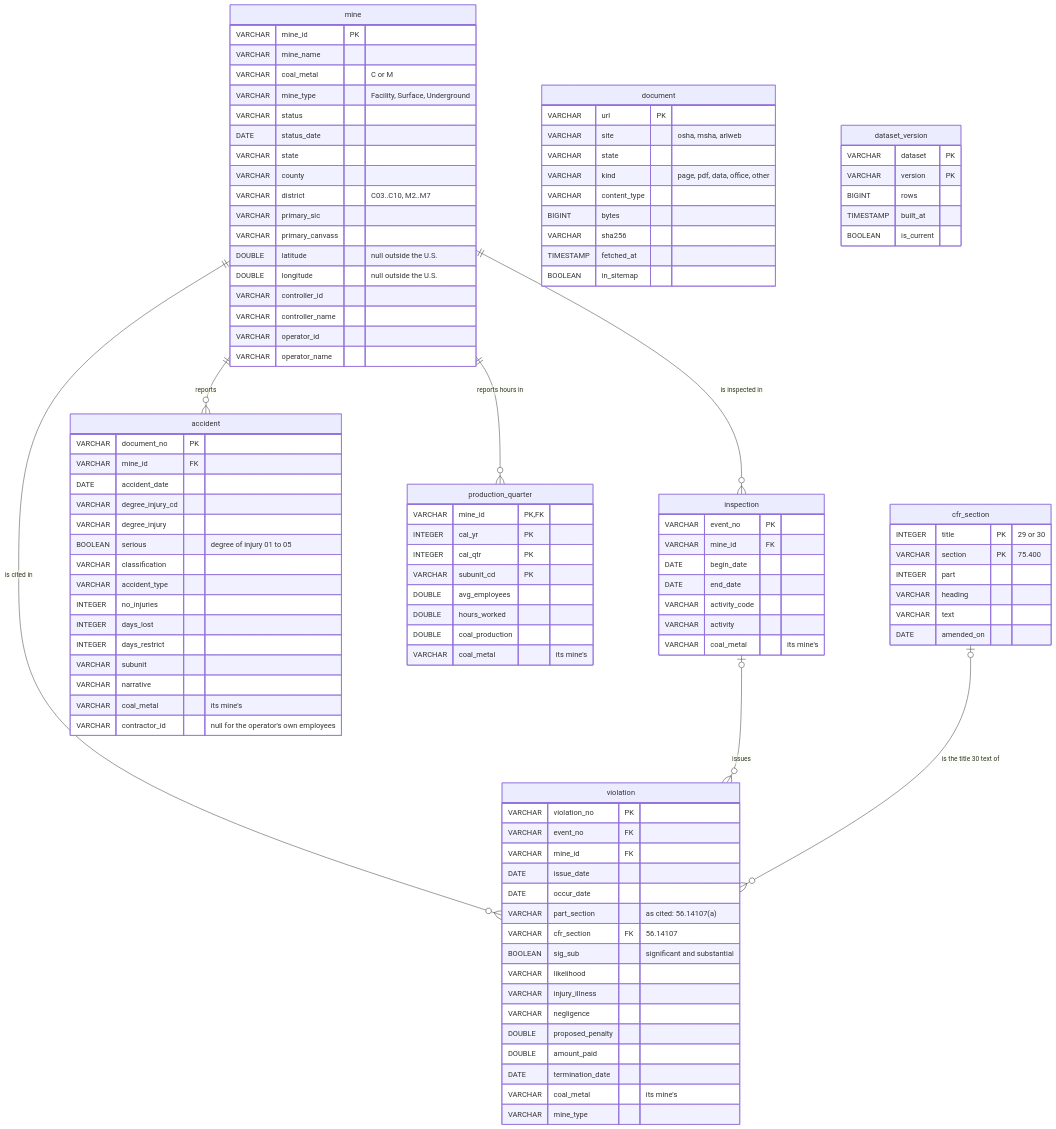
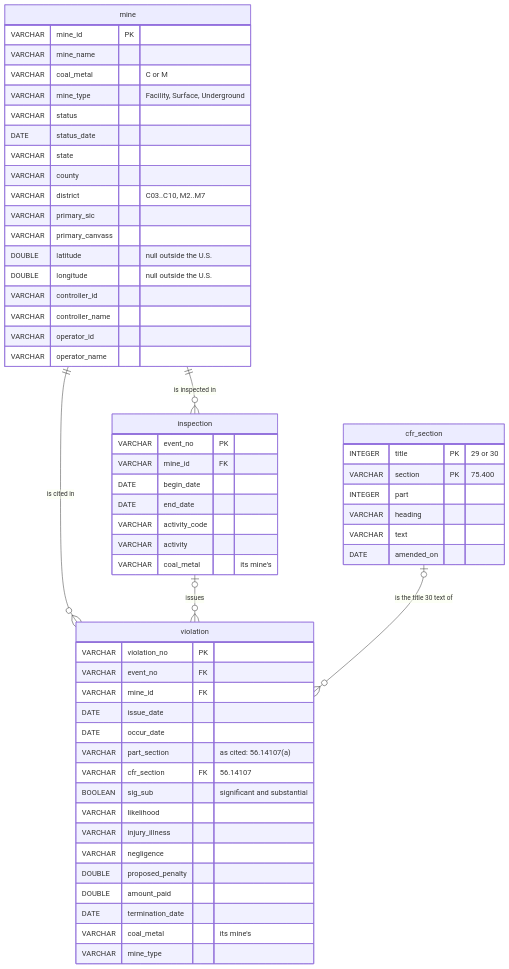
The first of 4 diagrams in docs/ERD.md (USERZEROA/safestart-data-pipeline), drawn with Mermaid before and after one commit. The commit also changed 1 other file, not shown here.

Commit message:
Split the ERD into legible diagrams and keep one system diagram

````diff
--- a/docs/ERD.md
+++ b/docs/ERD.md
@@ -26,8 +30,6 @@
     mine ||--o{ inspection : "is inspected in"
     mine ||--o{ violation : "is cited in"
     inspection |o--o{ violation : "issues"
-    mine ||--o{ accident : "reports"
-    mine ||--o{ production_quarter : "reports hours in"
     cfr_section |o--o{ violation : "is the title 30 text of"
 
     mine {
@@ -76,33 +78,6 @@
         VARCHAR coal_metal "its mine's"
         VARCHAR mine_type
     }
-    accident {
-        VARCHAR document_no PK
-        VARCHAR mine_id FK
-        DATE accident_date
-        VARCHAR degree_injury_cd
-        VARCHAR degree_injury
-        BOOLEAN serious "degree of injury 01 to 05"
-        VARCHAR classification
-        VARCHAR accident_type
-        INTEGER no_injuries
-        INTEGER days_lost
-        INTEGER days_restrict
-        VARCHAR subunit
-        VARCHAR narrative
-        VARCHAR coal_metal "its mine's"
-        VARCHAR contractor_id "null for the operator's own employees"
-    }
-    production_quarter {
-        VARCHAR mine_id PK, FK
-        INTEGER cal_yr PK
-        INTEGER cal_qtr PK
-        VARCHAR subunit_cd PK
-        DOUBLE avg_employees
-        DOUBLE hours_worked
-        DOUBLE coal_production
-        VARCHAR coal_metal "its mine's"
-    }
     cfr_section {
         INTEGER title PK "29 or 30"
         VARCHAR section PK "75.400"
@@ -111,22 +86,4 @@
         VARCHAR text
         DATE amended_on
     }
-    document {
-        VARCHAR url PK
-        VARCHAR site "osha, msha, arlweb"
-        VARCHAR state
-        VARCHAR kind "page, pdf, data, office, other"
-        VARCHAR content_type
-        BIGINT bytes
-        VARCHAR sha256
-        TIMESTAMP fetched_at
-        BOOLEAN in_sitemap
-    }
-    dataset_version {
-        VARCHAR dataset PK
-        VARCHAR version PK
-        BIGINT rows
-        TIMESTAMP built_at
-        BOOLEAN is_current
-    }
 ```
````
